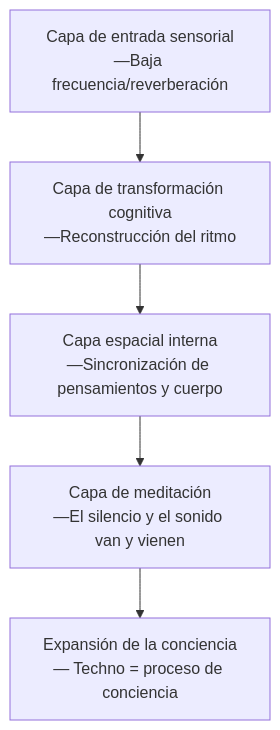
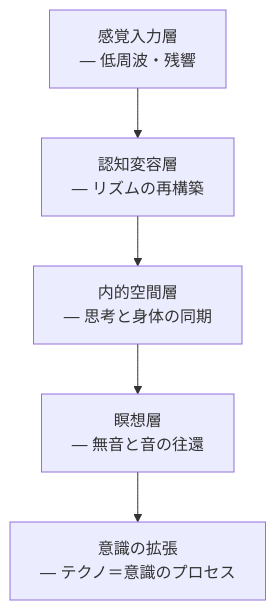
One commit to monumental-movement/monumental-movement.github.io changed the fifth of 7 diagrams in es/_posts/2025-10-24-column-plastikman-richie-hawtin.md. Above: the diagram before and after it, drawn with Mermaid. The commit also changed other lines of this file and 299 other files, not shown here.

```diff
--- a/es/_posts/2025-10-24-column-plastikman-richie-hawtin.md
+++ b/es/_posts/2025-10-24-column-plastikman-richie-hawtin.md
@@ -247,9 +247,9 @@
 <div class="mermaid">
 
 flowchart TD
-    A[Capa de entrada sensorial<br>—Baja frecuencia/reverberación] --> B[Capa de transformación cognitiva<br>—Reconstrucción del ritmo]
-    B --> C[Capa espacial interna<br>—Sincronización de pensamientos y cuerpo]
-    C --> D[Capa de meditación<br>—El silencio y el sonido van y vienen]
-    D --> E[Expansión de la conciencia<br>— Techno = proceso de conciencia]
+    A[感覚入力層<br>— 低周波・残響] --> B[認知変容層<br>— リズムの再構築]
+    B --> C[内的空間層<br>— 思考と身体の同期]
+    C --> D[瞑想層<br>— 無音と音の往還]
+    D --> E[意識の拡張<br>— テクノ＝意識のプロセス]
 
 </div>
```
